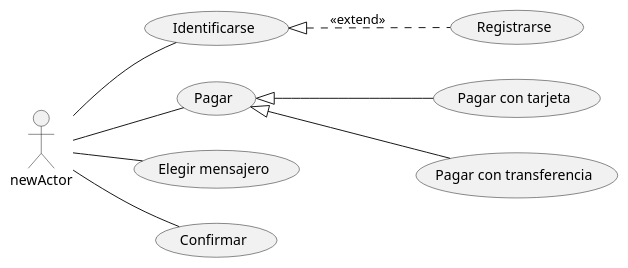
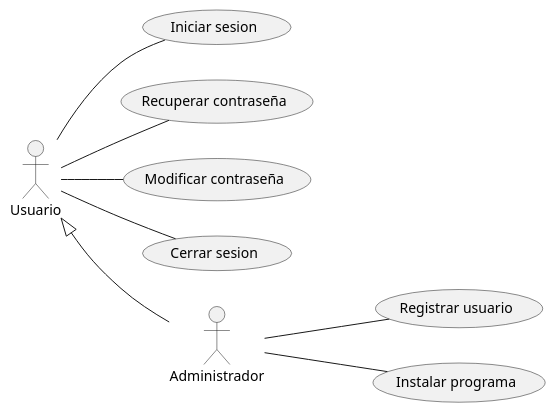
Before and after one commit to Nessie04/PlantUML_1: the diagram in casos_de_uso.puml, drawn with PlantUML.

Commit message:
creamos un nuevo caso de asociaciones

```diff
--- a/casos_de_uso.puml
+++ b/casos_de_uso.puml
@@ -1,10 +1,10 @@
 @startuml
 left to right  direction
-newActor -- (Identificarse)
-newActor  -- (Pagar)
-newActor  -- (Elegir mensajero)
-newActor  -- (Confirmar)
-(Identificarse) <|.. (Registrarse) : <<extend>>
-(Pagar) <|--  (Pagar con tarjeta)
-(Pagar) <|-- (Pagar con transferencia)
+Usuario -- (Iniciar sesion)
+Usuario -- (Recuperar contraseña)
+Usuario -- (Modificar contraseña)
+Usuario -- (Cerrar sesion)
+Administrador -- (Registrar usuario)
+Administrador -- (Instalar programa)
+Administrador -up-|> Usuario
 @enduml
```
